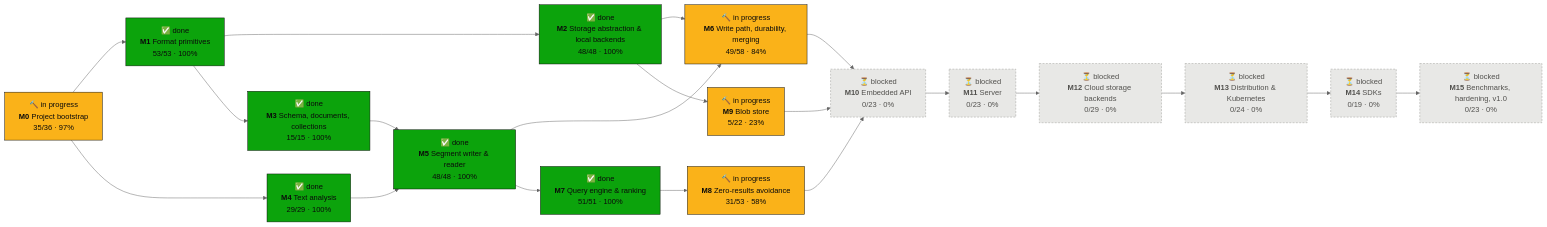
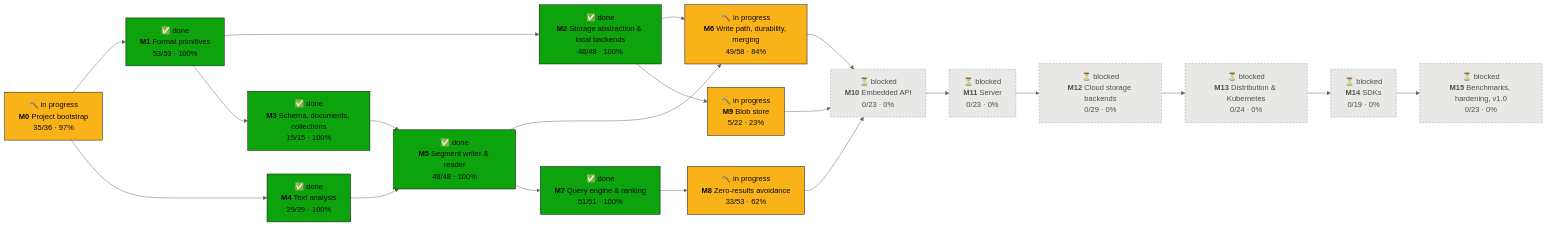
Before and after one commit to tomiok/persiaDB: the first of 2 diagrams in PROGRESS.md, drawn with Mermaid (neutral theme). The commit also changed other lines of this file and 6 other files, not shown here.

First line of the commit message:
chore(engine): review fix-ups and progress for ROADMAP 8.1.19, 8.1.21

````diff
--- a/PROGRESS.md
+++ b/PROGRESS.md
@@ -16,42 +16,42 @@
 ```mermaid
 flowchart LR
   M0["🔨 in progress<br/><b>M0</b> Project bootstrap<br/>35/36 · 97%"]:::doing
   M1["✅ done<br/><b>M1</b> Format primitives<br/>53/53 · 100%"]:::done
   M2["✅ done<br/><b>M2</b> Storage abstraction & local backends<br/>48/48 · 100%"]:::done
   M3["✅ done<br/><b>M3</b> Schema, documents, collections<br/>15/15 · 100%"]:::done
   M4["✅ done<br/><b>M4</b> Text analysis<br/>29/29 · 100%"]:::done
   M5["✅ done<br/><b>M5</b> Segment writer & reader<br/>48/48 · 100%"]:::done
   M6["🔨 in progress<br/><b>M6</b> Write path, durability, merging<br/>49/58 · 84%"]:::doing
   M7["✅ done<br/><b>M7</b> Query engine & ranking<br/>51/51 · 100%"]:::done
-  M8["🔨 in progress<br/><b>M8</b> Zero-results avoidance<br/>31/53 · 58%"]:::doing
+  M8["🔨 in progress<br/><b>M8</b> Zero-results avoidance<br/>33/53 · 62%"]:::doing
   M9["🔨 in progress<br/><b>M9</b> Blob store<br/>5/22 · 23%"]:::doing
   M10["⏳ blocked<br/><b>M10</b> Embedded API<br/>0/23 · 0%"]:::blocked
   M11["⏳ blocked<br/><b>M11</b> Server<br/>0/23 · 0%"]:::blocked
   M12["⏳ blocked<br/><b>M12</b> Cloud storage backends<br/>0/29 · 0%"]:::blocked
   M13["⏳ blocked<br/><b>M13</b> Distribution & Kubernetes<br/>0/24 · 0%"]:::blocked
   M14["⏳ blocked<br/><b>M14</b> SDKs<br/>0/19 · 0%"]:::blocked
   M15["⏳ blocked<br/><b>M15</b> Benchmarks, hardening, v1.0<br/>0/23 · 0%"]:::blocked
   M0 --> M1
   M1 --> M2
   M1 --> M3
   M0 --> M4
   M3 --> M5
   M4 --> M5
   M2 --> M6
   M5 --> M6
   M5 --> M7
   M7 --> M8
   M2 --> M9
   M6 --> M10
   M8 --> M10
   M9 --> M10
   M10 --> M11
   M11 --> M12
   M12 --> M13
   M13 --> M14
   M14 --> M15
   classDef done fill:#0ca30c,stroke:#0b0b0b,color:#0b0b0b
   classDef doing fill:#fab219,stroke:#0b0b0b,color:#0b0b0b
   classDef ready fill:#fcfcfb,stroke:#0b0b0b,stroke-width:2px,color:#0b0b0b
   classDef blocked fill:#e8e8e6,stroke:#9a9a96,stroke-dasharray:4 3,color:#52514e
 ```
````
